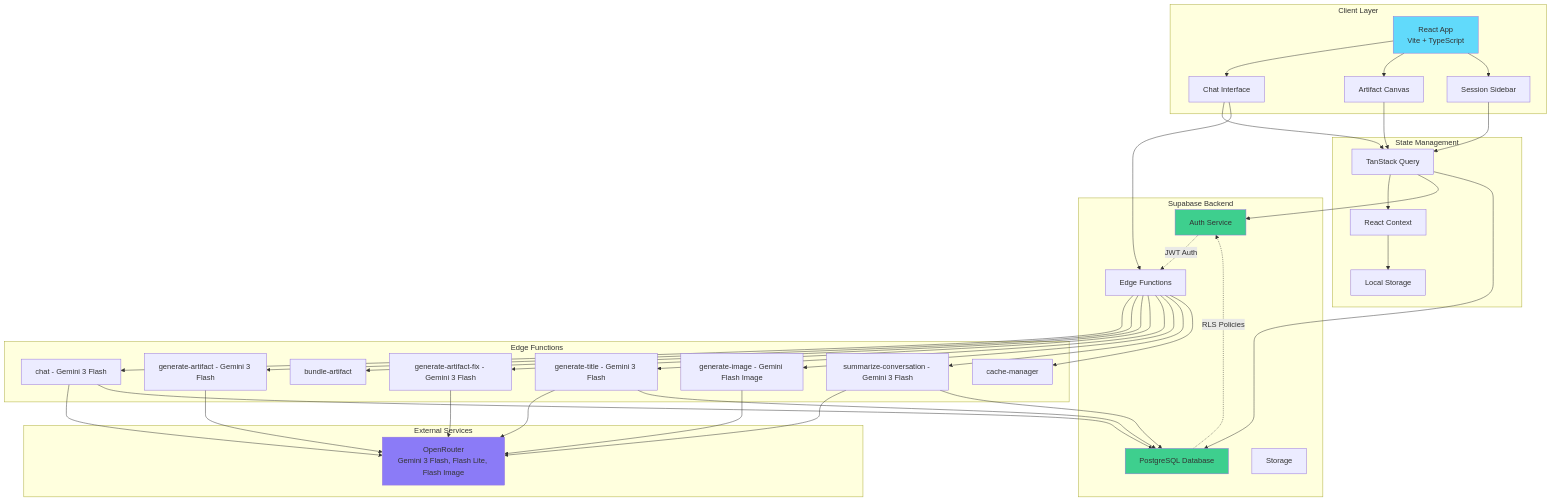
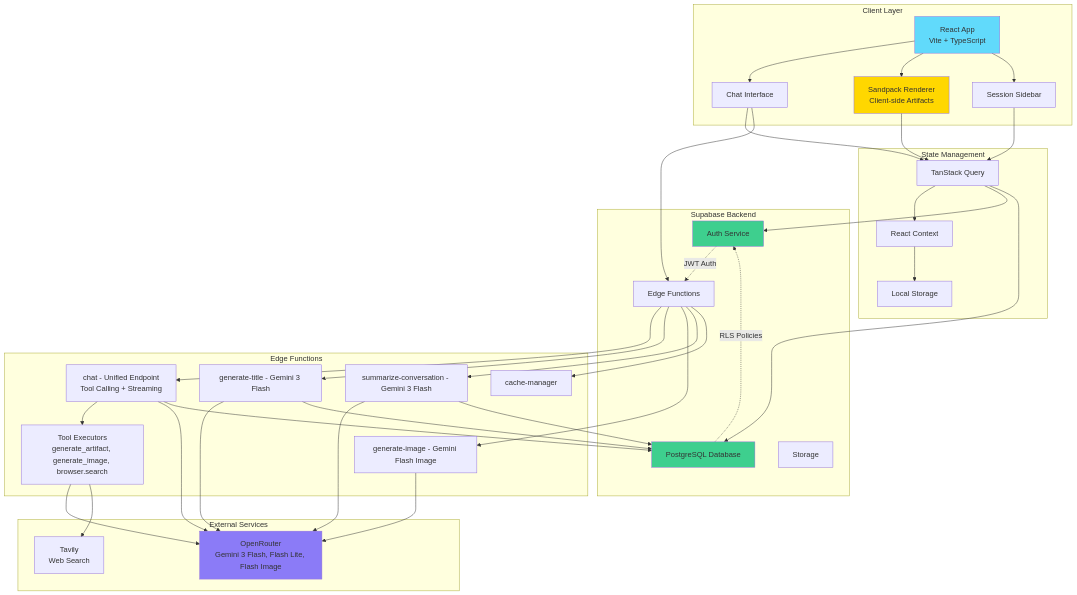
One commit to NickB03/vana changed the first of 5 diagrams in README.md. Above: the diagram before and after it, drawn with Mermaid. The commit also changed other lines of this file and 44 other files, not shown here.

````diff
--- a/README.md
+++ b/README.md
@@ -273,77 +273,75 @@
 ```mermaid
 graph TB
     subgraph "Client Layer"
         A[React App<br/>Vite + TypeScript]
         B[Chat Interface]
-        C[Artifact Canvas]
+        C[Sandpack Renderer<br/>Client-side Artifacts]
         D[Session Sidebar]
     end
 
     subgraph "State Management"
         E[TanStack Query]
         F[React Context]
         G[Local Storage]
     end
 
     subgraph "Supabase Backend"
         H[PostgreSQL Database]
         I[Auth Service]
         J[Edge Functions]
         K[Storage]
     end
 
     subgraph "Edge Functions"
-        L[chat - Gemini 3 Flash]
-        LA[generate-artifact - Gemini 3 Flash]
-        LB[bundle-artifact]
-        LC[generate-artifact-fix - Gemini 3 Flash]
+        L[chat - Unified Endpoint<br/>Tool Calling + Streaming]
+        LT[Tool Executors<br/>generate_artifact, generate_image, browser.search]
         M[generate-title - Gemini 3 Flash]
         N[generate-image - Gemini Flash Image]
         O[summarize-conversation - Gemini 3 Flash]
         P[cache-manager]
     end
 
     subgraph "External Services"
         Q[OpenRouter<br/>Gemini 3 Flash, Flash Lite, Flash Image]
+        R[Tavily<br/>Web Search]
     end
 
     A --> B
     A --> C
     A --> D
     B --> E
     C --> E
     D --> E
     E --> F
     F --> G
 
     E --> I
     E --> H
     B --> J
 
     J --> L
-    J --> LA
-    J --> LB
-    J --> LC
+    L --> LT
     J --> M
     J --> N
     J --> O
     J --> P
 
     L --> Q
-    LA --> Q
-    LC --> Q
+    LT --> Q
+    LT --> R
     M --> Q
     N --> Q
     O --> Q
     L --> H
     M --> H
     O --> H
 
     I -.JWT Auth.-> J
     H -.RLS Policies.-> I
 
     style A fill:#61dafb
     style H fill:#3ecf8e
     style Q fill:#8B7BF7
     style I fill:#3ecf8e
+    style C fill:#FFD700
 ```
````
